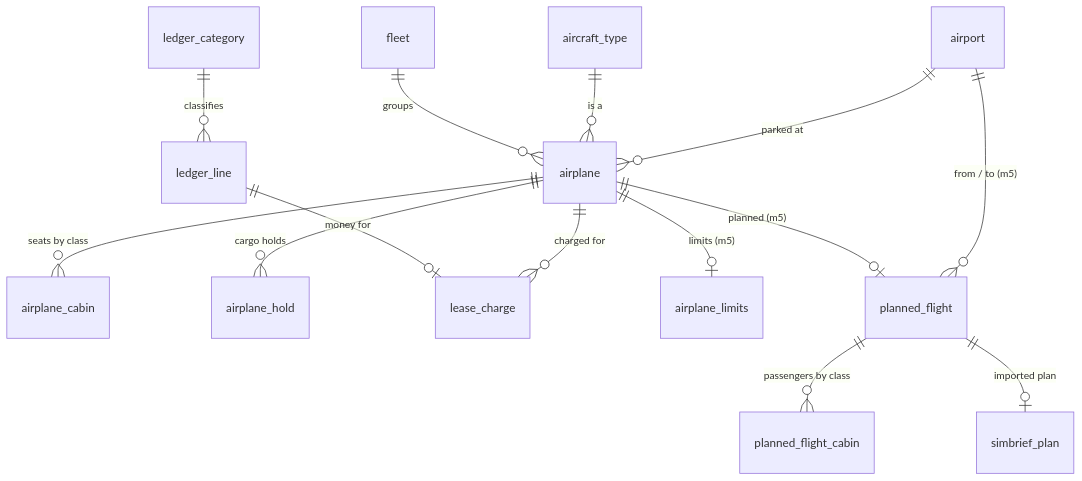
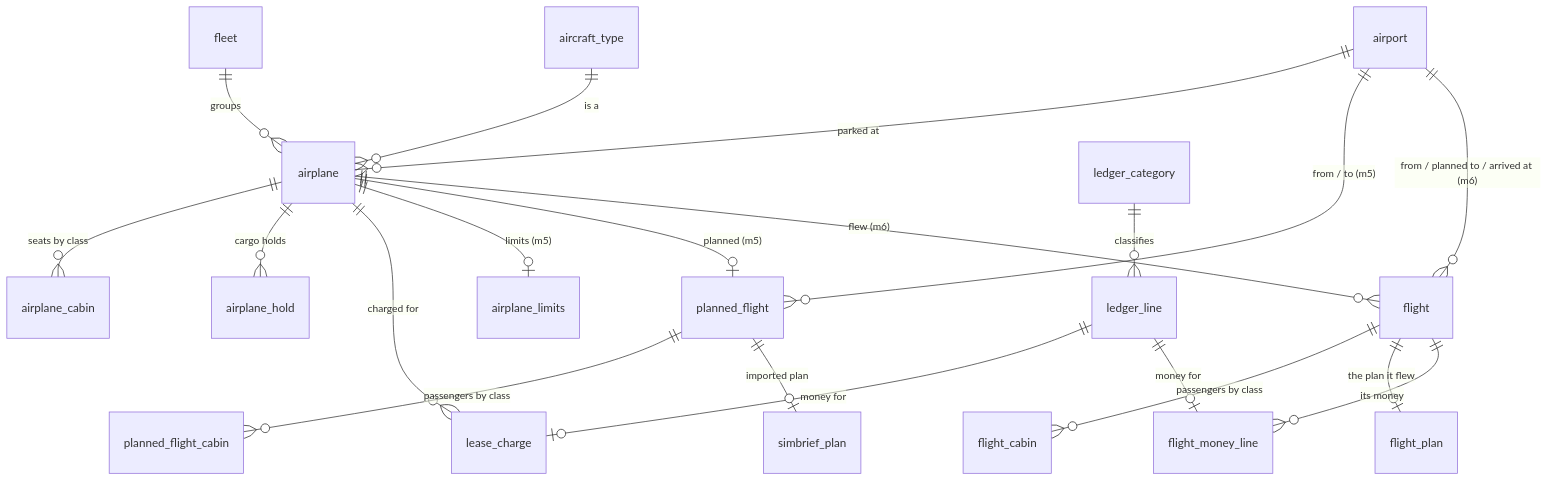
Before and after one commit to davesloan/blocktime: the diagram in docs/database.md, drawn with Mermaid. The commit also changed other lines of this file and 10 other files, not shown here.

First line of the commit message:
Schema 4: flights as history, with their money lines and plan (D-115)

````diff
--- a/docs/database.md
+++ b/docs/database.md
@@ -42,16 +41,22 @@
 ```mermaid
 erDiagram
     fleet ||--o{ airplane : groups
     aircraft_type ||--o{ airplane : "is a"
     airport ||--o{ airplane : "parked at"
     airplane ||--o{ airplane_cabin : "seats by class"
     airplane ||--o{ airplane_hold : "cargo holds"
     ledger_category ||--o{ ledger_line : classifies
     ledger_line ||--o| lease_charge : "money for"
     airplane ||--o{ lease_charge : "charged for"
     airplane ||--o| airplane_limits : "limits (m5)"
     airplane ||--o| planned_flight : "planned (m5)"
     airport ||--o{ planned_flight : "from / to (m5)"
     planned_flight ||--o{ planned_flight_cabin : "passengers by class"
     planned_flight ||--o| simbrief_plan : "imported plan"
+    airplane ||--o{ flight : "flew (m6)"
+    airport ||--o{ flight : "from / planned to / arrived at (m6)"
+    flight ||--o{ flight_cabin : "passengers by class"
+    flight ||--o| flight_plan : "the plan it flew"
+    flight ||--o{ flight_money_line : "its money"
+    ledger_line ||--o| flight_money_line : "money for"
 ```
````
